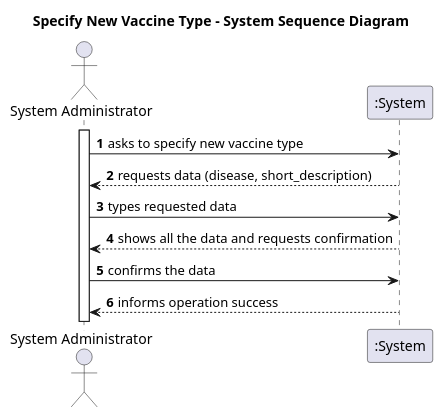
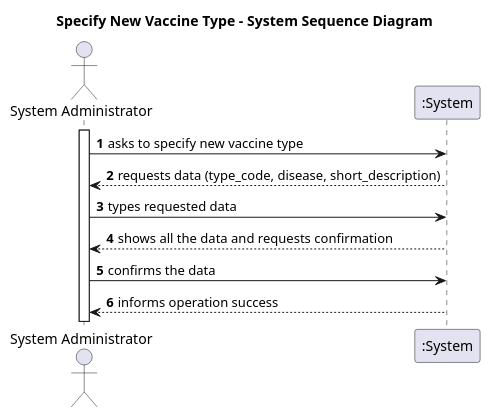
The diagram in docs/Sprint2/US10/puml/US10 - SSD.puml (Parafita123/leti-esoft-25-26-B1), drawn with PlantUML before and after one commit. The commit also changed 20 other files, not shown here.

```diff
--- a/docs/Sprint2/US10/puml/US10 - SSD.puml
+++ b/docs/Sprint2/US10/puml/US10 - SSD.puml
@@ -1,22 +1,22 @@
 @startuml
 'https://plantuml.com/sequence-diagram
 
 title Specify New Vaccine Type - System Sequence Diagram
 
 
 autonumber
 
 actor "System Administrator" as Administrator
 participant ":System" as System
 
 activate Administrator
 
 Administrator -> System: asks to specify new vaccine type
-System --> Administrator: requests data (disease, short_description)
+System --> Administrator: requests data (type_code, disease, short_description)
 
 Administrator -> System: types requested data
 System --> Administrator: shows all the data and requests confirmation
 
 Administrator -> System: confirms the data
 System --> Administrator: informs operation success
 @enduml
```
